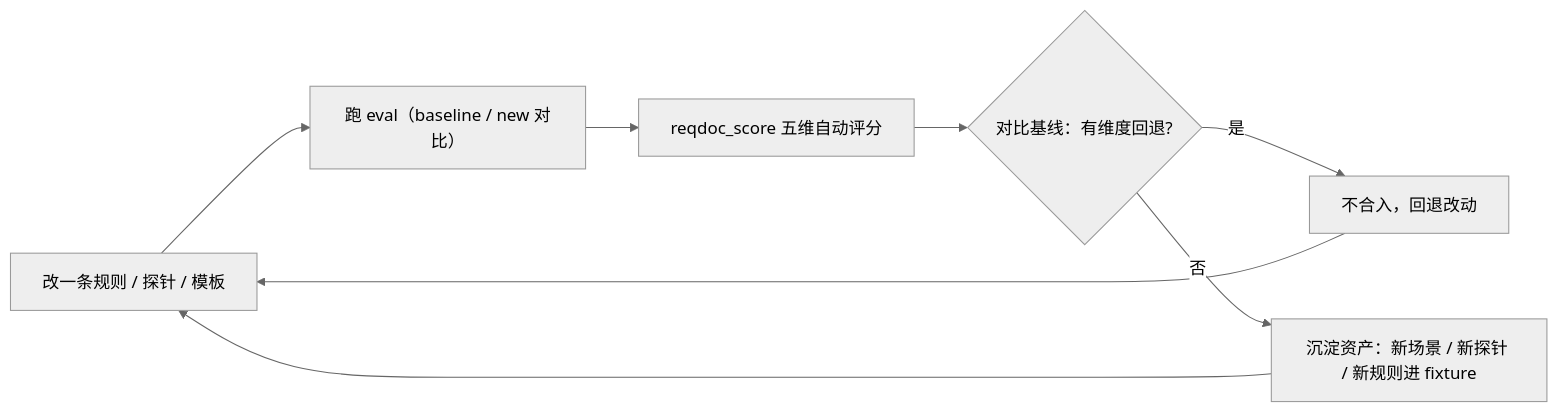
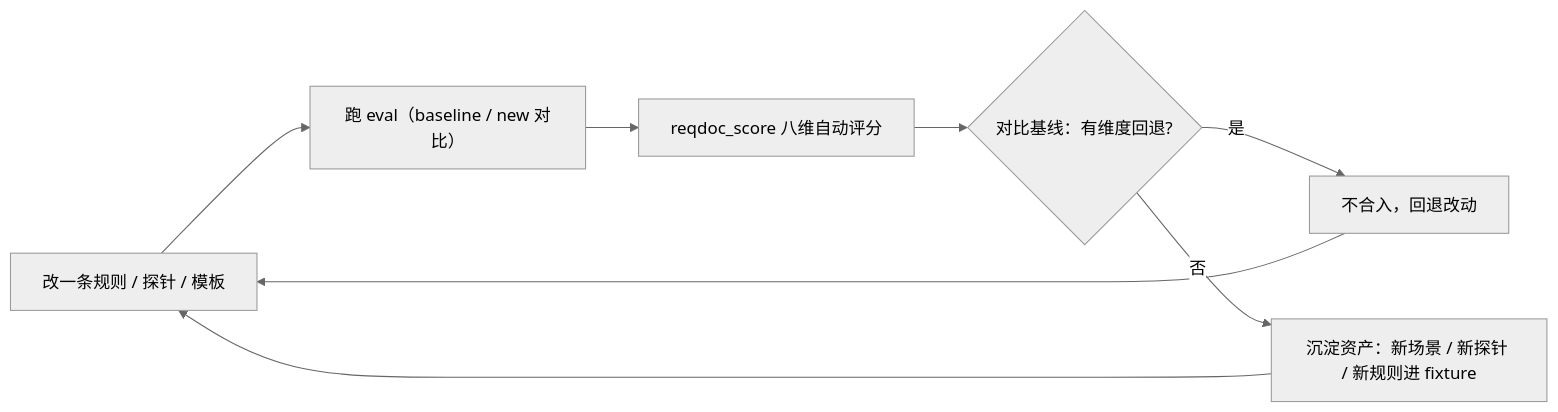
Before and after one commit to wonglaitung/opencode: the fourth of 4 diagrams in opencode-session-mgmt/docs/workflow-reqdoc.md, drawn with Mermaid (neutral theme). The commit also changed other lines of this file and 11 other files, not shown here.

````diff
--- a/opencode-session-mgmt/docs/workflow-reqdoc.md
+++ b/opencode-session-mgmt/docs/workflow-reqdoc.md
@@ -369,10 +372,10 @@
 ```mermaid
 flowchart LR
     R["改一条规则 / 探针 / 模板"] --> E["跑 eval（baseline / new 对比）"]
-    E --> S["reqdoc_score 五维自动评分"]
+    E --> S["reqdoc_score 八维自动评分"]
     S --> C{"对比基线：有维度回退?"}
     C -->|"是"| X["不合入，回退改动"]
     C -->|"否"| A["沉淀资产：新场景 / 新探针 / 新规则进 fixture"]
     A --> R
     X --> R
 ```
````
